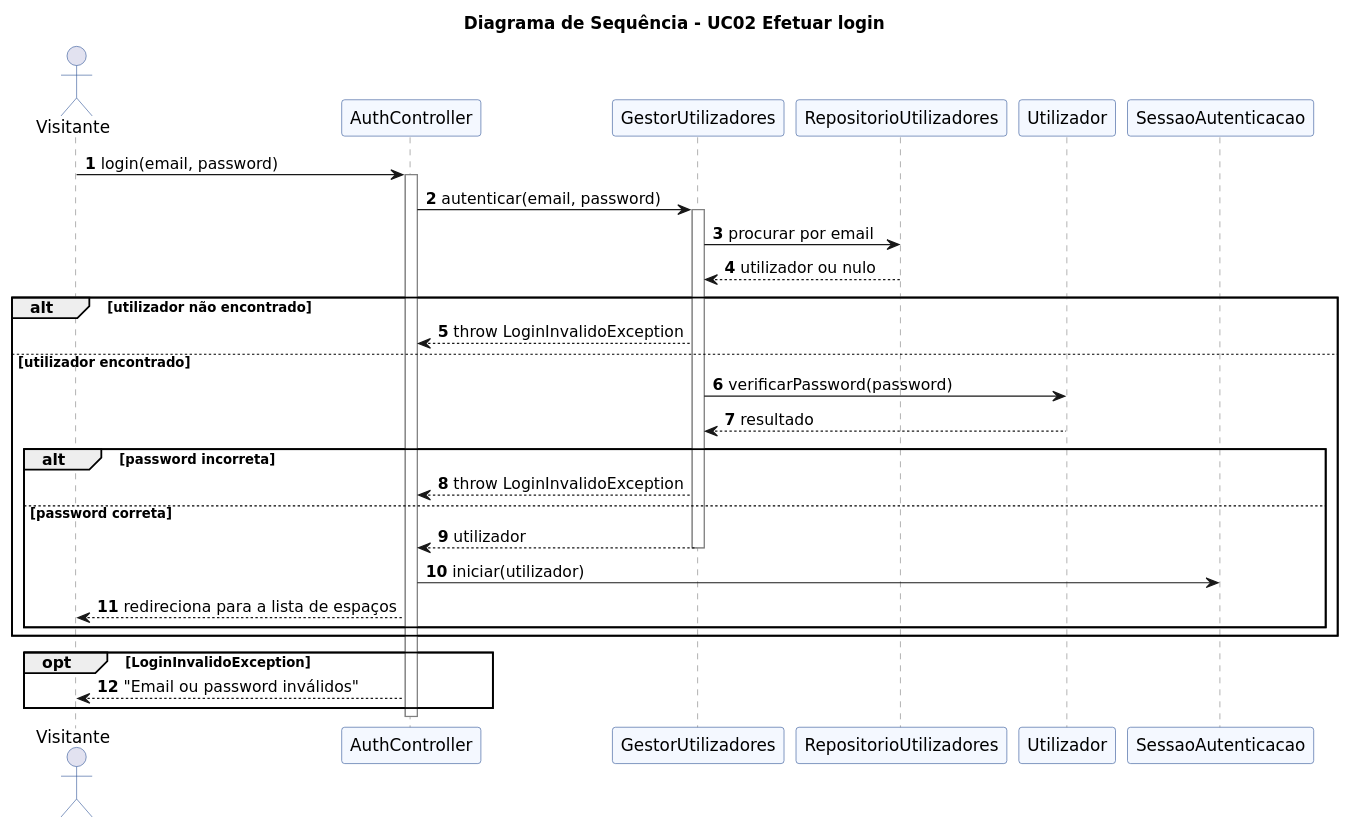
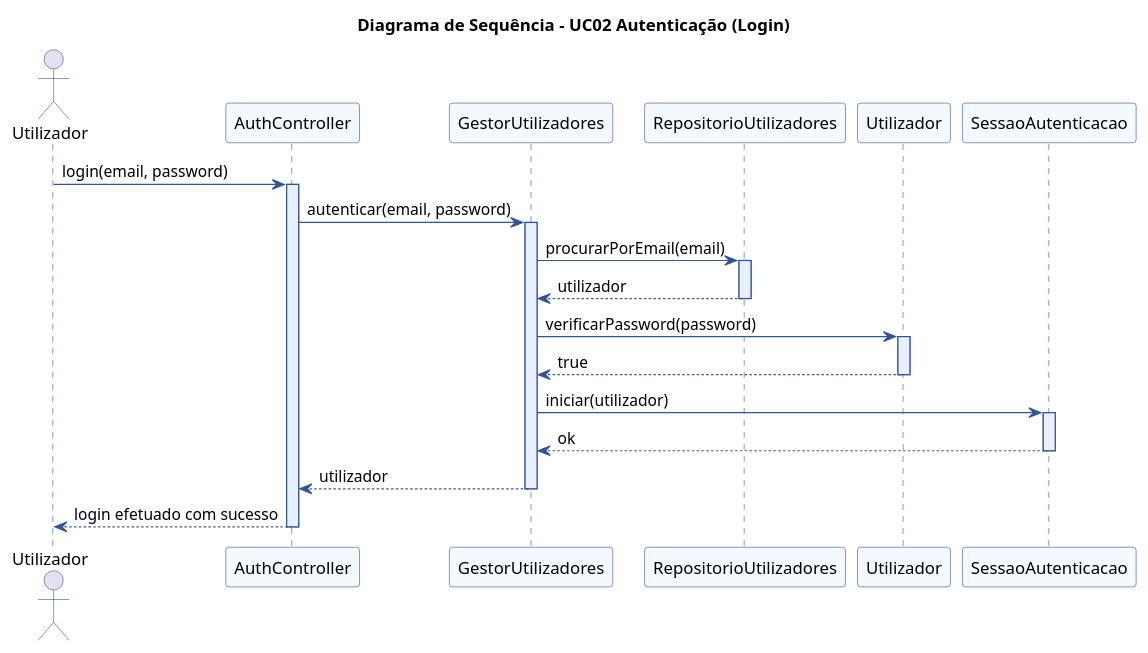
One commit to SilvaCDC297/ProjetoPOO changed the diagram in DA_JS_LP/E1/07_sequencia_login.puml. Above: the diagram before and after it, drawn with PlantUML. The commit also changed 16 other files, not shown here.

```diff
--- a/DA_JS_LP/E1/07_sequencia_login.puml
+++ b/DA_JS_LP/E1/07_sequencia_login.puml
@@ -1,43 +1,48 @@
 @startuml
-title Diagrama de Sequência – UC02 Efetuar login
+title Diagrama de Sequência – UC02 Autenticação (Login)
 skinparam shadowing false
-skinparam defaultFontName DejaVu Sans
+skinparam defaultFontName "Segoe UI"
 skinparam sequence {
   ParticipantBackgroundColor #F4F8FF
   ParticipantBorderColor #2F5597
   ActorBorderColor #2F5597
-  LifeLineBorderColor #7F7F7F
+  LifeLineBorderColor #2F5597
+  LifeLineBackgroundColor #E8F0FE
+  ArrowColor #2F5597
 }
-autonumber
-actor Visitante
+
+actor Utilizador
 participant AuthController
 participant GestorUtilizadores
 participant RepositorioUtilizadores
-participant Utilizador
+participant UtilizadorEntidade as "Utilizador"
 participant SessaoAutenticacao
 
-Visitante -> AuthController : login(email, password)
+Utilizador -> AuthController : login(email, password)
 activate AuthController
+
 AuthController -> GestorUtilizadores : autenticar(email, password)
 activate GestorUtilizadores
-GestorUtilizadores -> RepositorioUtilizadores : procurar por email
-RepositorioUtilizadores --> GestorUtilizadores : utilizador ou nulo
-alt utilizador não encontrado
-  GestorUtilizadores --> AuthController : throw LoginInvalidoException
-else utilizador encontrado
-  GestorUtilizadores -> Utilizador : verificarPassword(password)
-  Utilizador --> GestorUtilizadores : resultado
-  alt password incorreta
-    GestorUtilizadores --> AuthController : throw LoginInvalidoException
-  else password correta
-    GestorUtilizadores --> AuthController : utilizador
-    deactivate GestorUtilizadores
-    AuthController -> SessaoAutenticacao : iniciar(utilizador)
-    AuthController --> Visitante : redireciona para a lista de espaços
-  end
-end
-opt LoginInvalidoException
-  AuthController --> Visitante : "Email ou password inválidos"
-end
+
+GestorUtilizadores -> RepositorioUtilizadores : procurarPorEmail(email)
+activate RepositorioUtilizadores
+RepositorioUtilizadores --> GestorUtilizadores : utilizador
+deactivate RepositorioUtilizadores
+
+GestorUtilizadores -> UtilizadorEntidade : verificarPassword(password)
+activate UtilizadorEntidade
+UtilizadorEntidade --> GestorUtilizadores : true
+deactivate UtilizadorEntidade
+
+GestorUtilizadores -> SessaoAutenticacao : iniciar(utilizador)
+activate SessaoAutenticacao
+SessaoAutenticacao --> GestorUtilizadores : ok
+deactivate SessaoAutenticacao
+
+GestorUtilizadores --> AuthController : utilizador
+deactivate GestorUtilizadores
+
+AuthController --> Utilizador : login efetuado com sucesso
 deactivate AuthController
+
 @enduml
```
